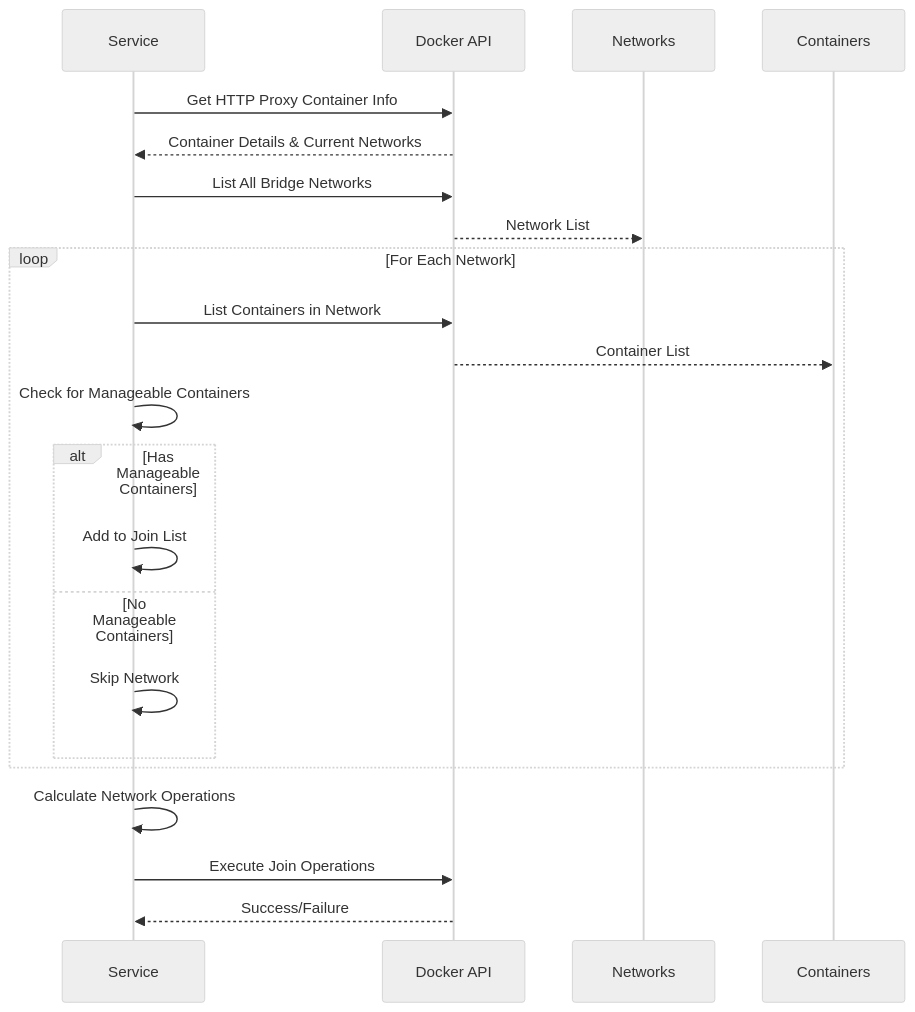
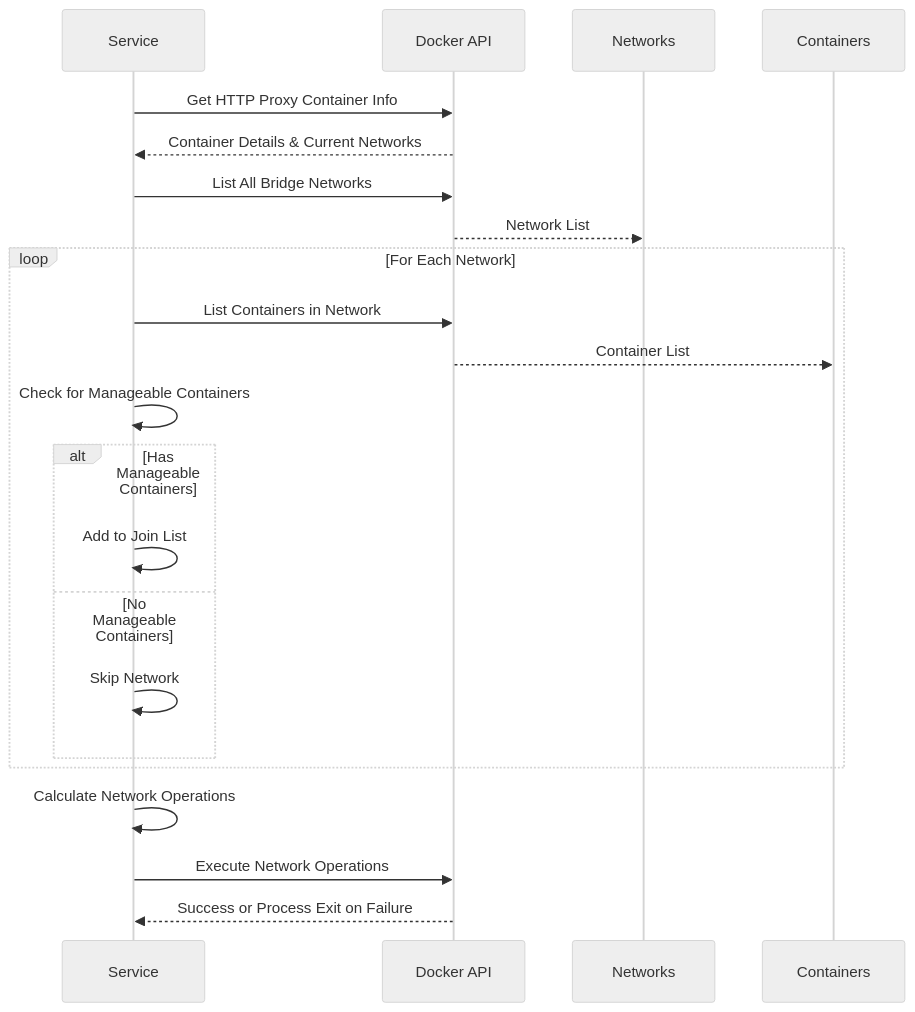
Before and after one commit to sparkfabrik/http-proxy: the third of 5 diagrams in docs/network-joining-flow.md, drawn with Mermaid (neutral theme). The commit also changed other lines of this file, not shown here.

````diff
--- a/docs/network-joining-flow.md
+++ b/docs/network-joining-flow.md
@@ -131,28 +132,28 @@
 ```mermaid
 sequenceDiagram
     participant S as Service
     participant D as Docker API
     participant N as Networks
     participant C as Containers
 
     S->>D: Get HTTP Proxy Container Info
     D-->>S: Container Details & Current Networks
 
     S->>D: List All Bridge Networks
     D-->>N: Network List
 
     loop For Each Network
         S->>D: List Containers in Network
         D-->>C: Container List
         S->>S: Check for Manageable Containers
         alt Has Manageable Containers
             S->>S: Add to Join List
         else No Manageable Containers
             S->>S: Skip Network
         end
     end
 
     S->>S: Calculate Network Operations
-    S->>D: Execute Join Operations
-    D-->>S: Success/Failure
+    S->>D: Execute Network Operations
+    D-->>S: Success or Process Exit on Failure
 ```
````
